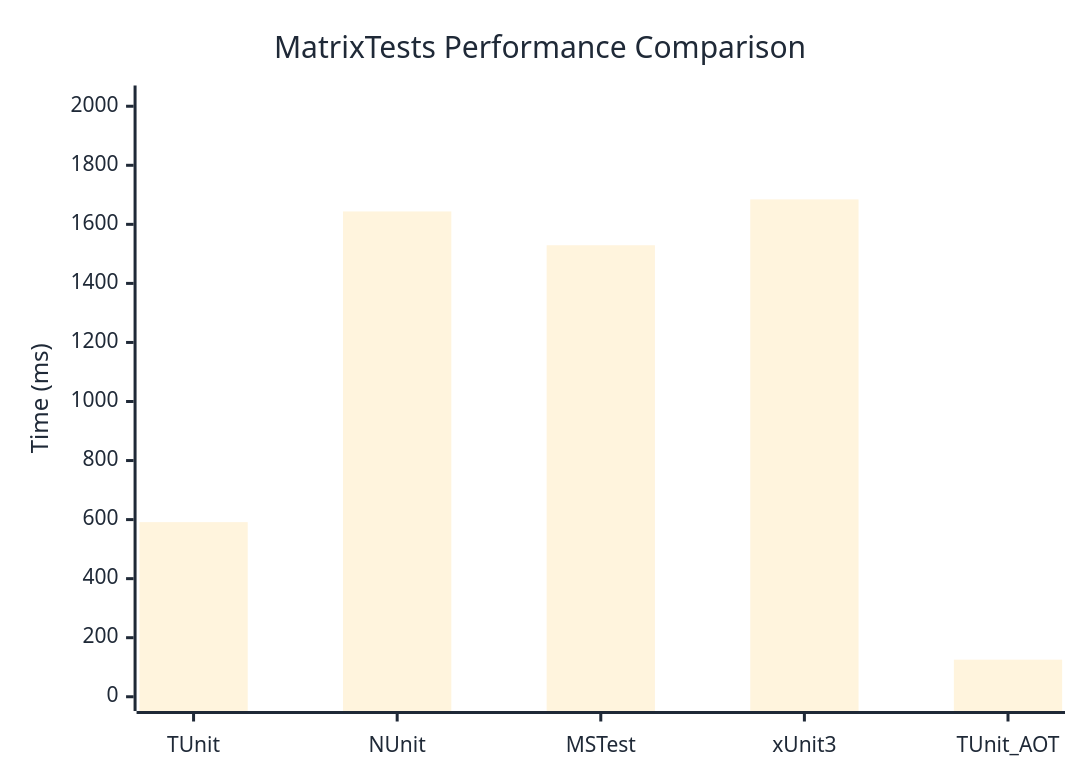
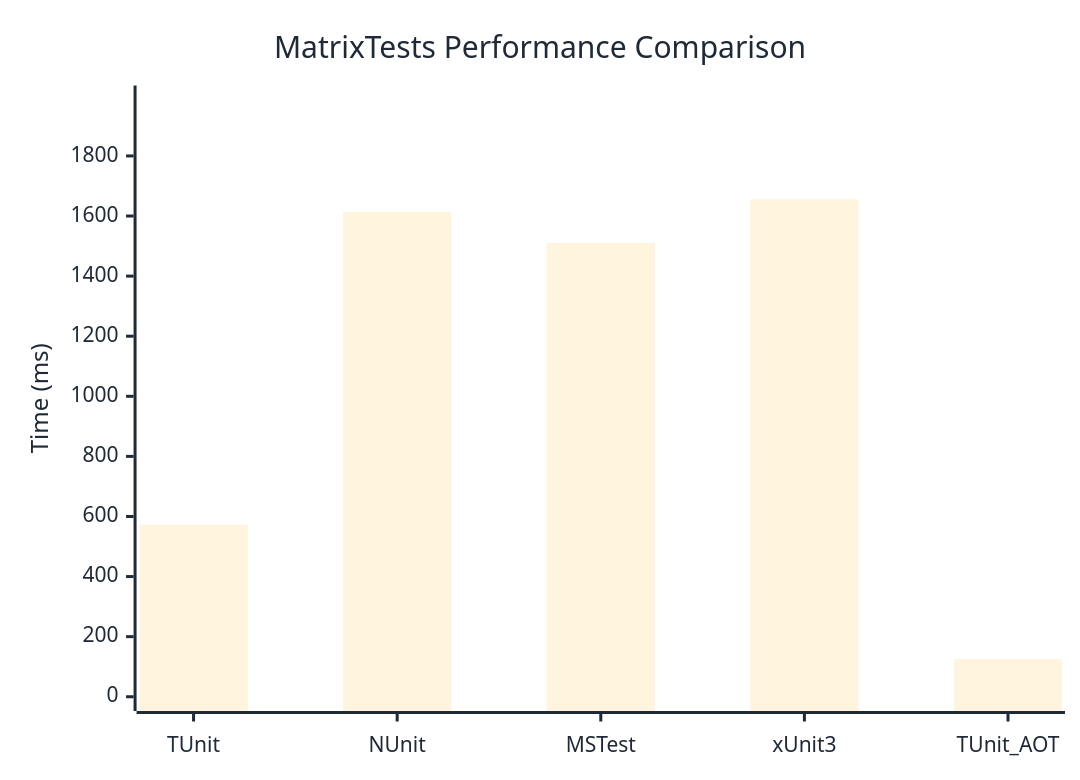
The diagram in docs/docs/benchmarks/MatrixTests.md (thomhurst/TUnit), drawn with Mermaid before and after one commit. The commit also changed other lines of this file and 16 other files, not shown here.

````diff
--- a/docs/docs/benchmarks/MatrixTests.md
+++ b/docs/docs/benchmarks/MatrixTests.md
@@ -27,37 +27,37 @@
 ```mermaid
 %%{init: {
   'theme':'base',
   'themeVariables': {
     'primaryColor': '#2563eb',
     'primaryTextColor': '#1f2937',
     'primaryBorderColor': '#1e40af',
     'lineColor': '#6b7280',
     'secondaryColor': '#7c3aed',
     'tertiaryColor': '#dc2626',
     'background': '#ffffff',
     'mainBkg': '#2563eb',
     'secondBkg': '#7c3aed',
     'tertiaryBkg': '#dc2626',
     'clusterBkg': '#f3f4f6',
     'edgeLabelBackground': '#ffffff',
     'tertiaryTextColor': '#1f2937',
     'pie1': '#2563eb',
     'pie2': '#7c3aed',
     'pie3': '#dc2626',
     'pie4': '#f59e0b',
     'pie5': '#10b981',
     'pie6': '#06b6d4',
     'pie7': '#ec4899',
     'pie8': '#6366f1',
     'pie9': '#84cc16',
     'pie10': '#f97316',
     'pie11': '#14b8a6',
     'pie12': '#a855f7'
   }
 }}%%
 xychart-beta
   title "MatrixTests Performance Comparison"
   x-axis ["TUnit", "NUnit", "MSTest", "xUnit3", "TUnit_AOT"]
-  y-axis "Time (ms)" 0 --> 2022
-  bar [591.4, 1643.7, 1529.2, 1684.5, 125.6]
+  y-axis "Time (ms)" 0 --> 1987
+  bar [573, 1612.9, 1510.9, 1655.5, 125.4]
 ```
````
